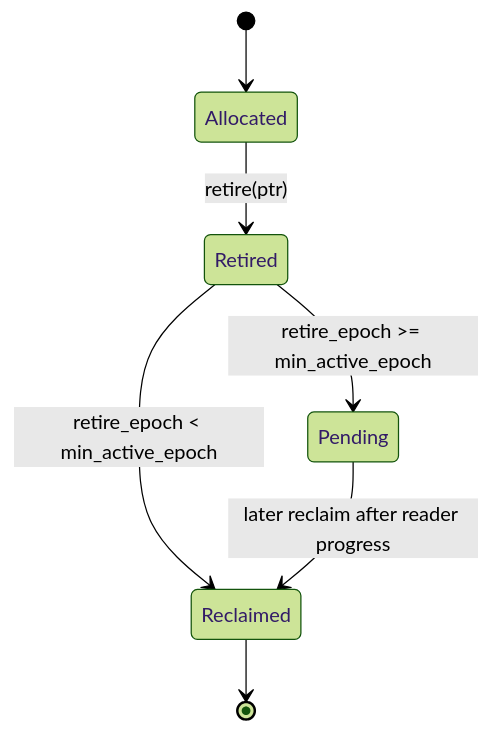
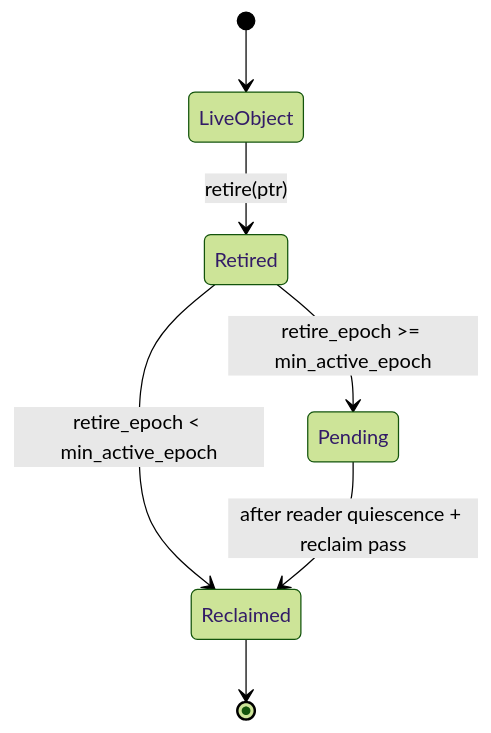
One commit to ankitkr-04/strata-db changed the third of 3 diagrams in docs/architecture/01-epoch-reclamation.md. Above: the diagram before and after it, drawn with Mermaid (forest theme). The commit also changed other lines of this file and 8 other files, not shown here.

First line of the commit message:
Refactor architecture documentation and add WAL staging

````diff
--- a/docs/architecture/01-epoch-reclamation.md
+++ b/docs/architecture/01-epoch-reclamation.md
@@ -99,9 +101,9 @@
 ```mermaid
 stateDiagram-v2
-    [*] --> Allocated
-    Allocated --> Retired: retire(ptr)
+    [*] --> LiveObject
+    LiveObject --> Retired: retire(ptr)
     Retired --> Pending: retire_epoch >= min_active_epoch
     Retired --> Reclaimed: retire_epoch < min_active_epoch
-    Pending --> Reclaimed: later reclaim after reader progress
+    Pending --> Reclaimed: after reader quiescence + reclaim pass
     Reclaimed --> [*]
 ```
````
